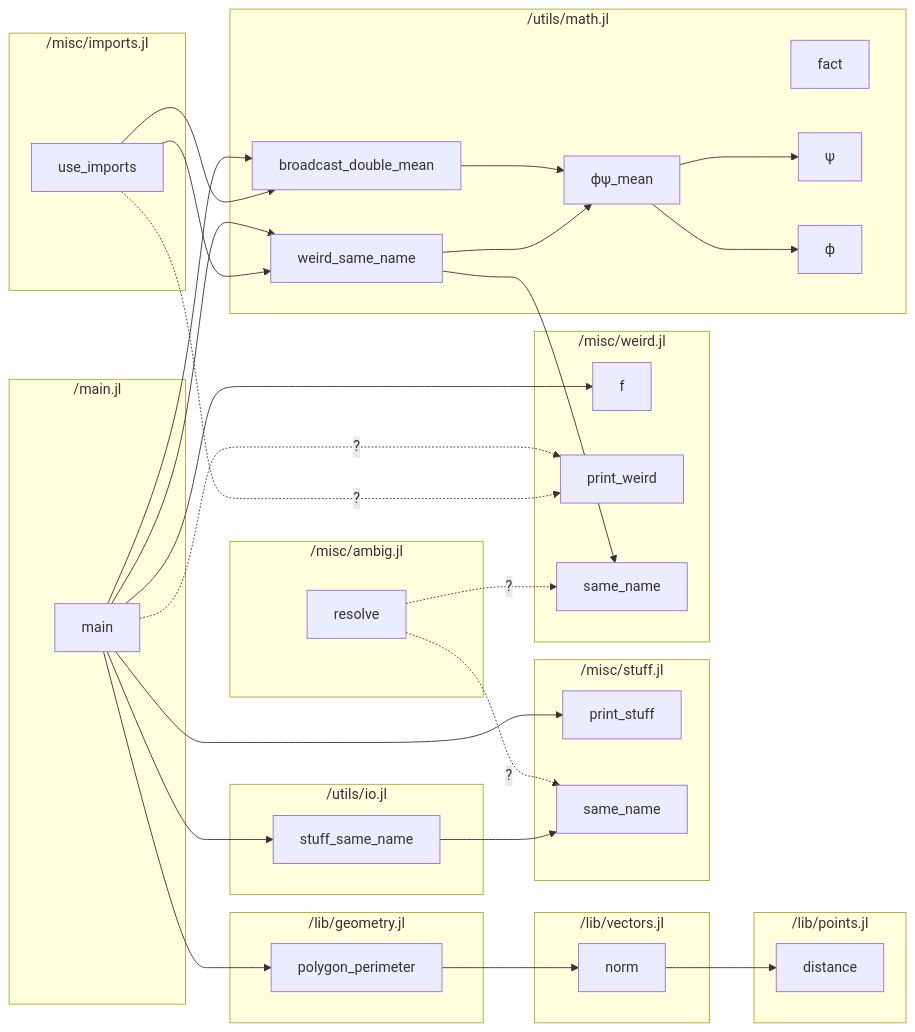
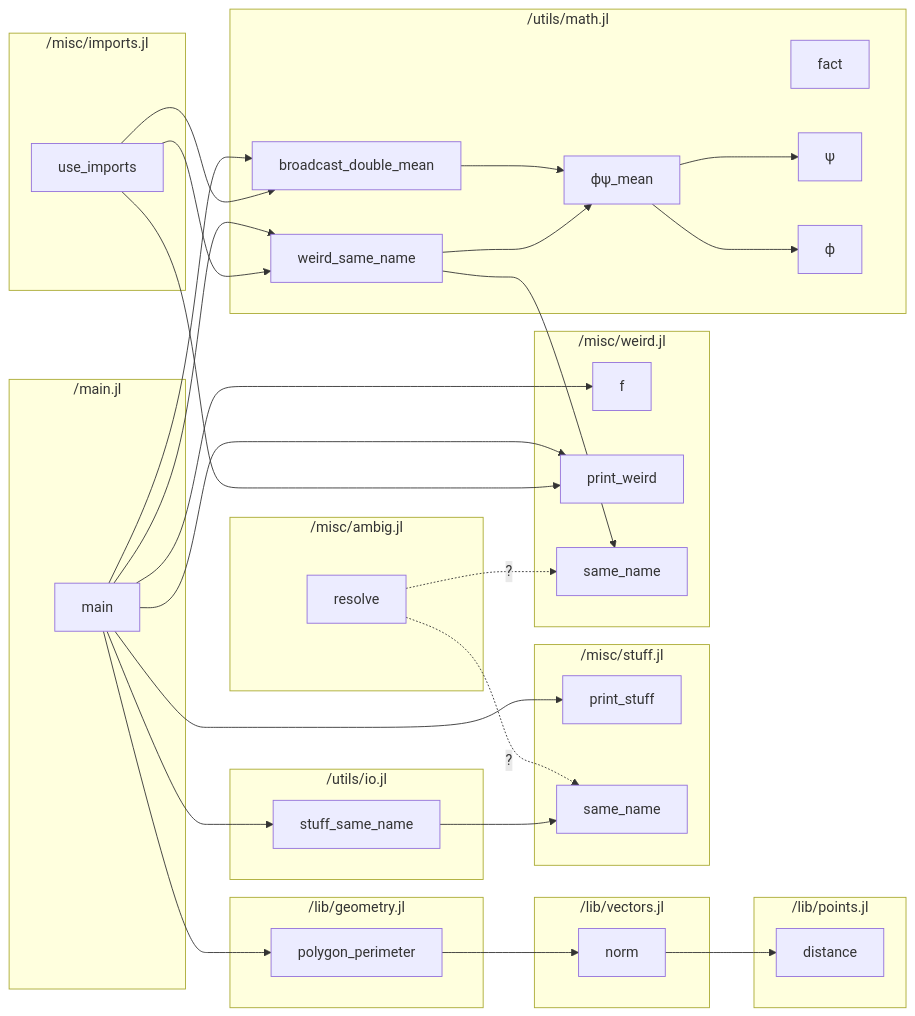
One commit to t-garin/MermaidCallGraph.jl changed the diagram in test/expected_test_repo.md. Above: the diagram before and after it, drawn with Mermaid. The commit also changed 5 other files, not shown here.

````diff
--- a/test/expected_test_repo.md
+++ b/test/expected_test_repo.md
@@ -1,61 +1,61 @@
 ```mermaid
 flowchart LR
     subgraph "/lib/geometry.jl"
         _lib_geometry_jl_polygon_perimeter["polygon_perimeter"]
     end
     subgraph "/lib/points.jl"
         _lib_points_jl_distance["distance"]
     end
     subgraph "/lib/vectors.jl"
         _lib_vectors_jl_norm["norm"]
     end
     subgraph "/main.jl"
         _main_jl_main["main"]
     end
     subgraph "/misc/ambig.jl"
         _misc_ambig_jl_resolve["resolve"]
     end
     subgraph "/misc/imports.jl"
         _misc_imports_jl_use_imports["use_imports"]
     end
     subgraph "/misc/stuff.jl"
         _misc_stuff_jl_print_stuff["print_stuff"]
         _misc_stuff_jl_same_name["same_name"]
     end
     subgraph "/misc/weird.jl"
         _misc_weird_jl_f["f"]
         _misc_weird_jl_print_weird["print_weird"]
         _misc_weird_jl_same_name["same_name"]
     end
     subgraph "/utils/io.jl"
         _utils_io_jl_stuff_same_name["stuff_same_name"]
     end
     subgraph "/utils/math.jl"
         _utils_math_jl_broadcast_double_mean["broadcast_double_mean"]
         _utils_math_jl_fact["fact"]
         _utils_math_jl_weird_same_name["weird_same_name"]
         _utils_math_jl_u3c8["ψ"]
         _utils_math_jl_u3d5["ϕ"]
         _utils_math_jl_u3d5u3c8_mean["ϕψ_mean"]
     end
     _lib_geometry_jl_polygon_perimeter --> _lib_vectors_jl_norm
     _lib_vectors_jl_norm --> _lib_points_jl_distance
     _main_jl_main --> _lib_geometry_jl_polygon_perimeter
     _main_jl_main --> _misc_stuff_jl_print_stuff
     _main_jl_main --> _misc_weird_jl_f
-    _main_jl_main -. ? .-> _misc_weird_jl_print_weird
+    _main_jl_main --> _misc_weird_jl_print_weird
     _main_jl_main --> _utils_io_jl_stuff_same_name
     _main_jl_main --> _utils_math_jl_broadcast_double_mean
     _main_jl_main --> _utils_math_jl_weird_same_name
     _misc_ambig_jl_resolve -. ? .-> _misc_stuff_jl_same_name
     _misc_ambig_jl_resolve -. ? .-> _misc_weird_jl_same_name
-    _misc_imports_jl_use_imports -. ? .-> _misc_weird_jl_print_weird
+    _misc_imports_jl_use_imports --> _misc_weird_jl_print_weird
     _misc_imports_jl_use_imports --> _utils_math_jl_broadcast_double_mean
     _misc_imports_jl_use_imports --> _utils_math_jl_weird_same_name
     _utils_io_jl_stuff_same_name --> _misc_stuff_jl_same_name
     _utils_math_jl_broadcast_double_mean --> _utils_math_jl_u3d5u3c8_mean
     _utils_math_jl_weird_same_name --> _misc_weird_jl_same_name
     _utils_math_jl_weird_same_name --> _utils_math_jl_u3d5u3c8_mean
     _utils_math_jl_u3d5u3c8_mean --> _utils_math_jl_u3c8
     _utils_math_jl_u3d5u3c8_mean --> _utils_math_jl_u3d5
 ```
````
